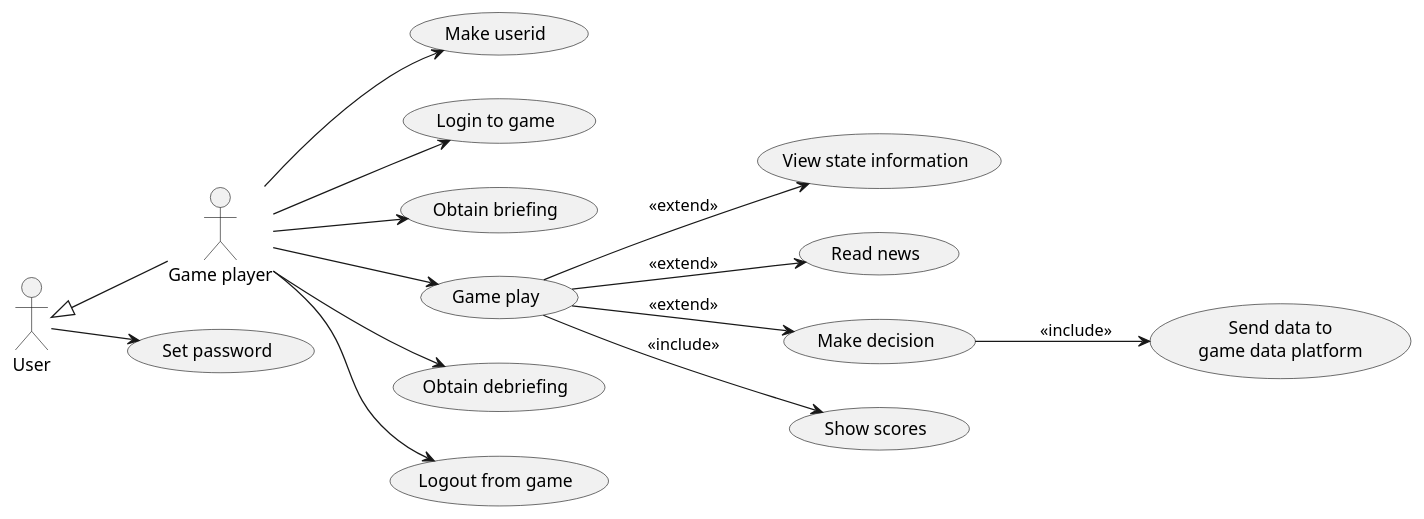
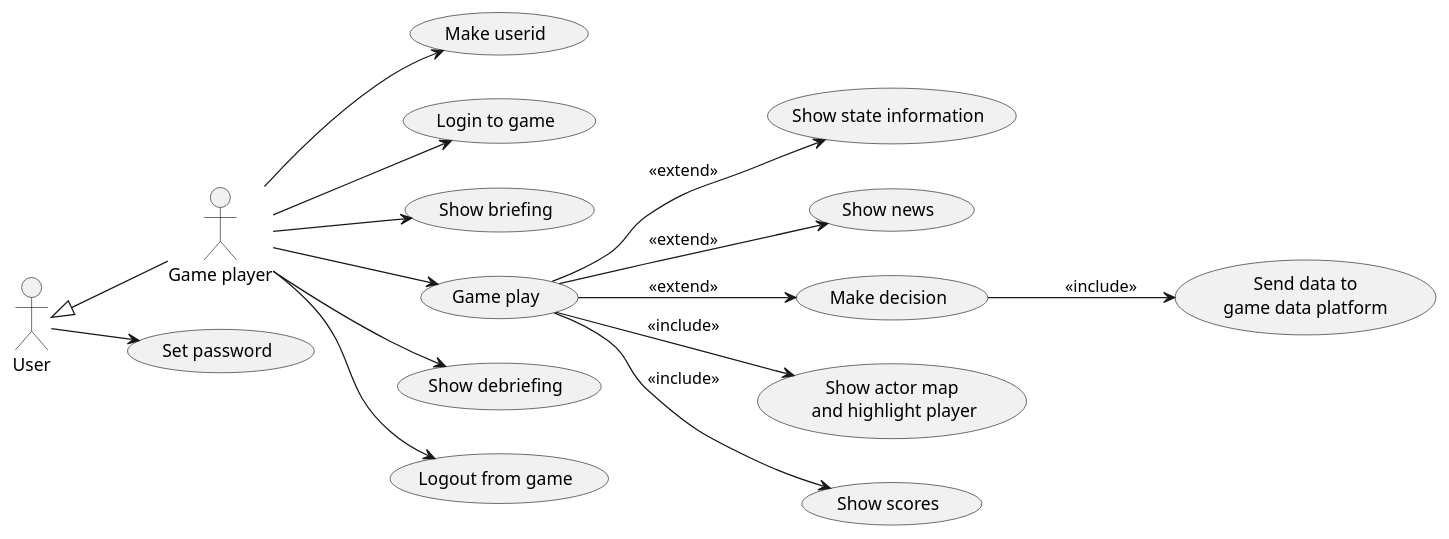
The diagram in doc/1-use-cases/diagrams/game-play.puml (averbraeck/gscg-design), drawn with PlantUML before and after one commit. The commit also changed 4 other files, not shown here.

Commit message:
Issue #6. Show the map with actors in several use cases

```diff
--- a/doc/1-use-cases/diagrams/game-play.puml
+++ b/doc/1-use-cases/diagrams/game-play.puml
@@ -1,26 +1,27 @@
 @startuml
 left to right direction
 
 "Game player" as GP
 User <|-- GP
 
 User --> (Set password)
 
 GP --> (Make userid)
 GP --> (Login to game)
 
-GP --> (Obtain briefing)
+GP --> (Show briefing)
 
 GP --> (Game play)
-(Game play) --> (View state information) : << extend >>
-(Game play) --> (Read news) : << extend >>
+(Game play) --> (Show state information) : << extend >>
+(Game play) --> (Show news) : << extend >>
 (Game play) --> (Make decision) : << extend >>
+(Game play) --> (Show actor map\n and highlight player) : << include >>
 (Game play) --> (Show scores) : << include >>
 
 (Make decision) --> (Send data to\ngame data platform) : << include >>
 
-GP --> (Obtain debriefing)
+GP --> (Show debriefing)
 
 GP --> (Logout from game)
 
 @enduml
```
